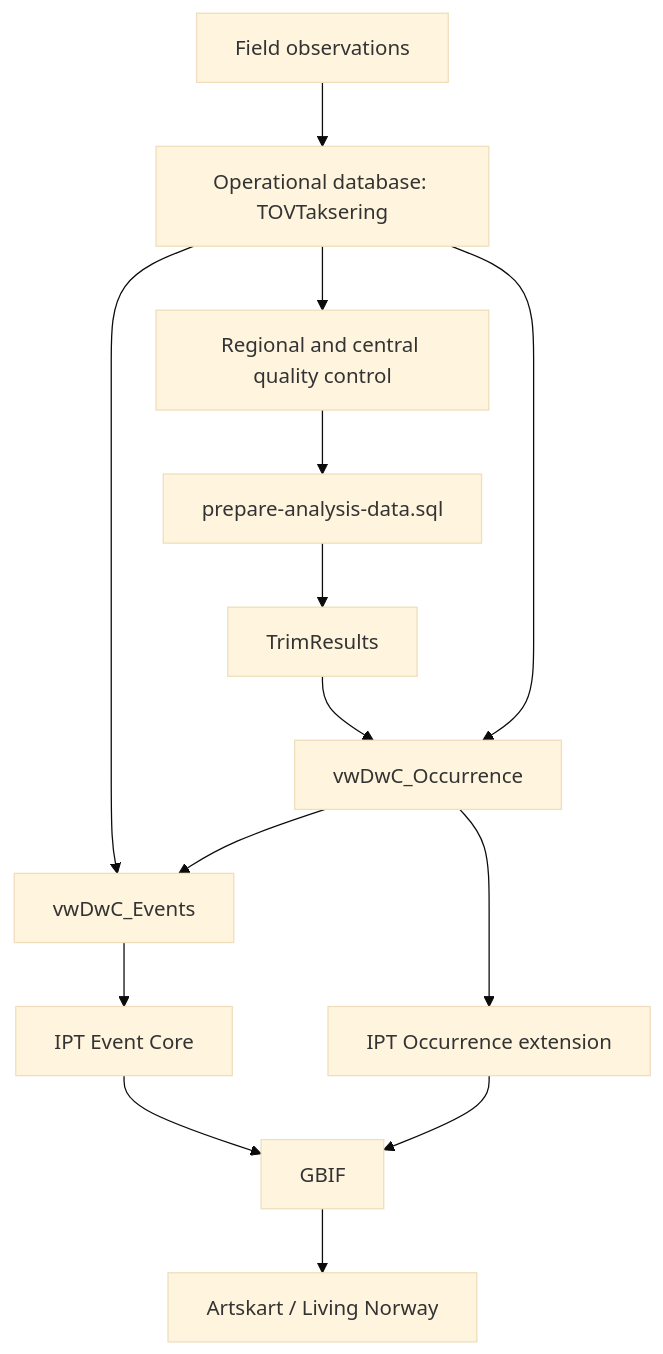
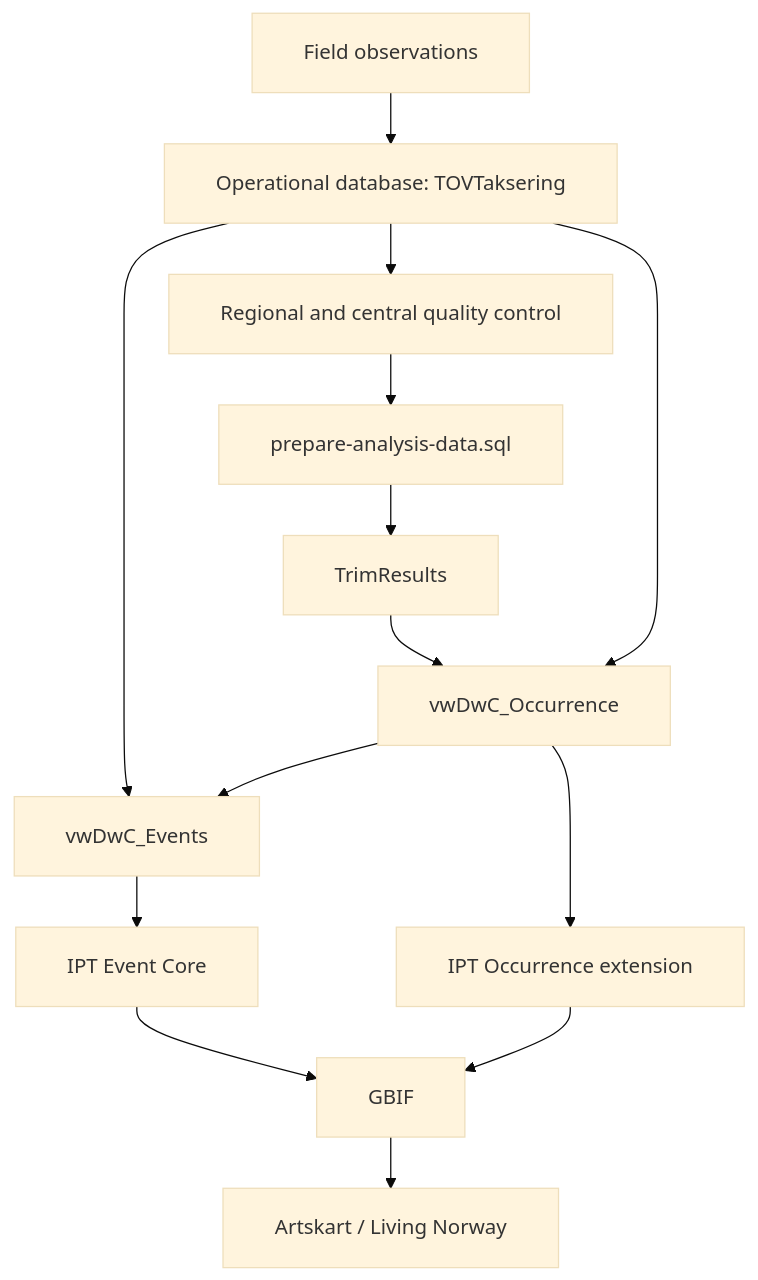
Before and after one commit to NINAnor/norwegian-bird-monitoring: the diagram in docs/d2-publication.md, drawn with Mermaid (base theme).

Commit message:
Fix flowchart labels in d2-publication.md
Updated flowchart labels in d2-publication.md to use HTML entities for quotes.

````diff
--- a/docs/d2-publication.md
+++ b/docs/d2-publication.md
@@ -22,16 +22,25 @@
 ```mermaid
+---
+config:
+  htmlLabels: false
+  flowchart:
+    padding: 20
+    wrappingWidth: 350
+    nodeSpacing: 50
+    rankSpacing: 40
+---
 flowchart TD
-    A[Field observations] --> B[Operational database: TOVTaksering]
-    B --> C[Regional and central quality control]
-    C --> D[prepare-analysis-data.sql]
-    D --> E[TrimResults]
-    E --> F[vwDwC_Occurrence]
+    A["Field observations"] --> B["Operational database: TOVTaksering"]
+    B --> C["Regional and central quality control"]
+    C --> D["prepare-analysis-data.sql"]
+    D --> E["TrimResults"]
+    E --> F["vwDwC_Occurrence"]
     B --> F
-    B --> G[vwDwC_Events]
+    B --> G["vwDwC_Events"]
     F --> G
-    G --> H[IPT Event Core]
-    F --> I[IPT Occurrence extension]
-    H --> J[GBIF]
+    G --> H["IPT Event Core"]
+    F --> I["IPT Occurrence extension"]
+    H --> J["GBIF"]
     I --> J
-    J --> K[Artskart / Living Norway]
+    J --> K["Artskart / Living Norway"]
 ```
````
